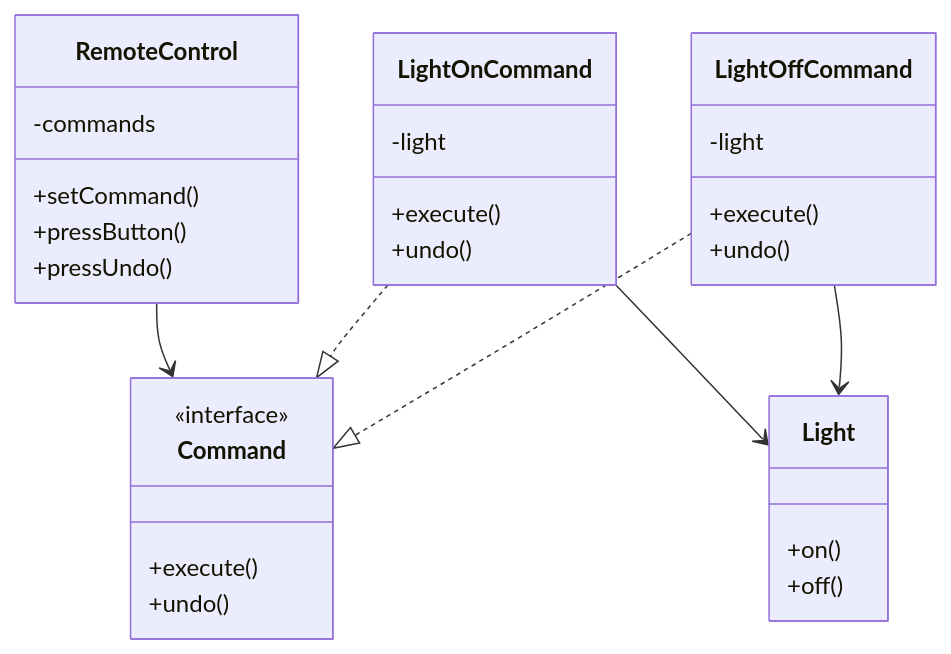
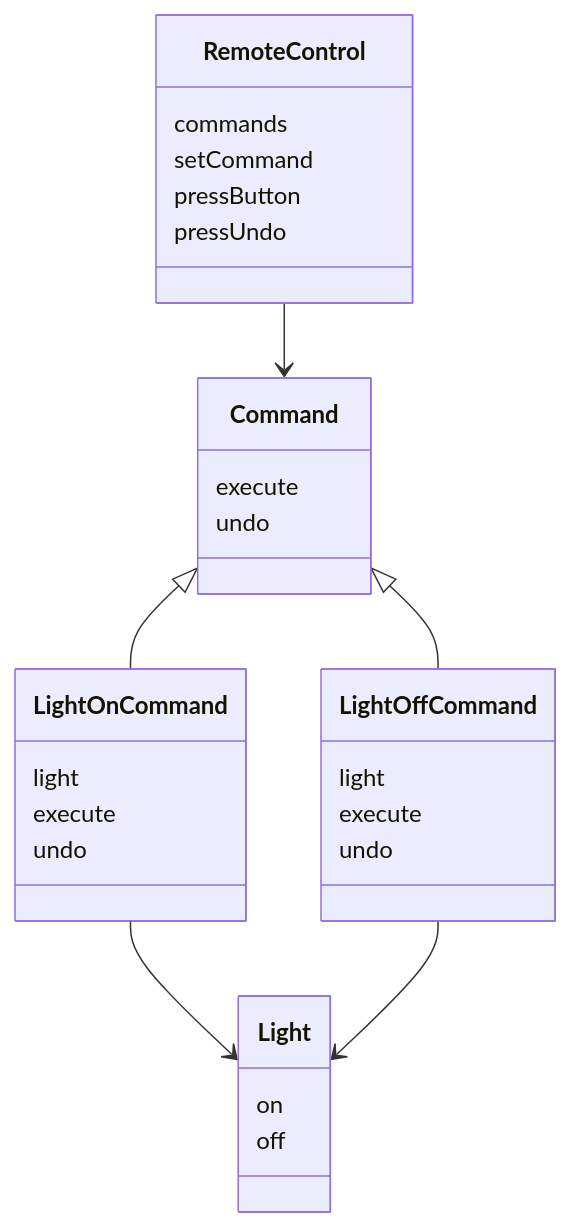
One commit to gojosatoru123-ux/CacheU changed the fifth of 10 diagrams in src/content/lld-command-design-pattern.md. Above: the diagram before and after it, drawn with Mermaid. The commit also changed other lines of this file and 21 other files, not shown here.

````diff
--- a/src/content/lld-command-design-pattern.md
+++ b/src/content/lld-command-design-pattern.md
@@ -249,38 +248,37 @@
 ```mermaid
 classDiagram
-    class RemoteControl {
-        -commands
-        +setCommand()
-        +pressButton()
-        +pressUndo()
-    }
+class RemoteControl {
+    commands
+    setCommand
+    pressButton
+    pressUndo
+}
 
-    class Command {
-        <<interface>>
-        +execute()
-        +undo()
-    }
+class Command {
+    execute
+    undo
+}
 
-    class LightOnCommand {
-        -light
-        +execute()
-        +undo()
-    }
+class LightOnCommand {
+    light
+    execute
+    undo
+}
 
-    class LightOffCommand {
-        -light
-        +execute()
-        +undo()
-    }
+class LightOffCommand {
+    light
+    execute
+    undo
+}
 
-    class Light {
-        +on()
-        +off()
-    }
+class Light {
+    on
+    off
+}
 
-    RemoteControl --> Command
-    LightOnCommand ..|> Command
-    LightOffCommand ..|> Command
-    LightOnCommand --> Light
-    LightOffCommand --> Light
+RemoteControl --> Command
+Command <|-- LightOnCommand
+Command <|-- LightOffCommand
+LightOnCommand --> Light
+LightOffCommand --> Light
 ```
````
